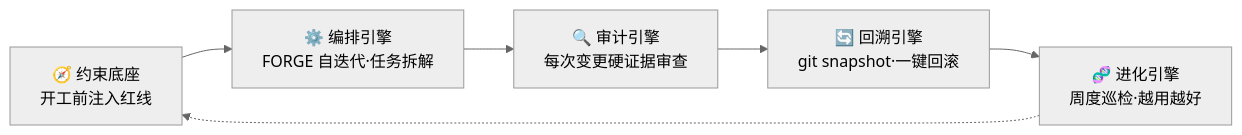
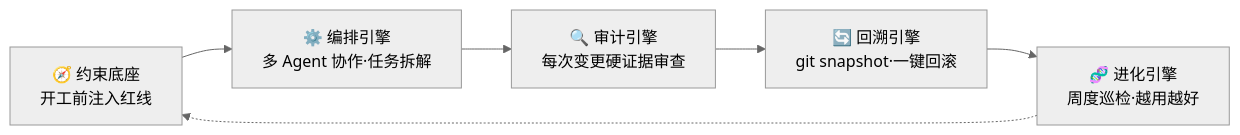
The diagram in README.md (KongFangXun/sofagent), drawn with Mermaid (neutral theme) before and after one commit. The commit also changed other lines of this file and 9 other files, not shown here.

````diff
--- a/README.md
+++ b/README.md
@@ -170,8 +170,8 @@
 ```mermaid
 flowchart LR
-    CB[🧭 约束底座<br/>开工前注入红线] --> OR[⚙️ 编排引擎<br/>FORGE 自迭代·任务拆解]
+    CB[🧭 约束底座<br/>开工前注入红线] --> OR[⚙️ 编排引擎<br/>多 Agent 协作·任务拆解]
     OR --> AU[🔍 审计引擎<br/>每次变更硬证据审查]
     AU --> RE[🔄 回溯引擎<br/>git snapshot·一键回滚]
     RE --> EV[🧬 进化引擎<br/>周度巡检·越用越好]
     EV -.-> CB
 ```
````
